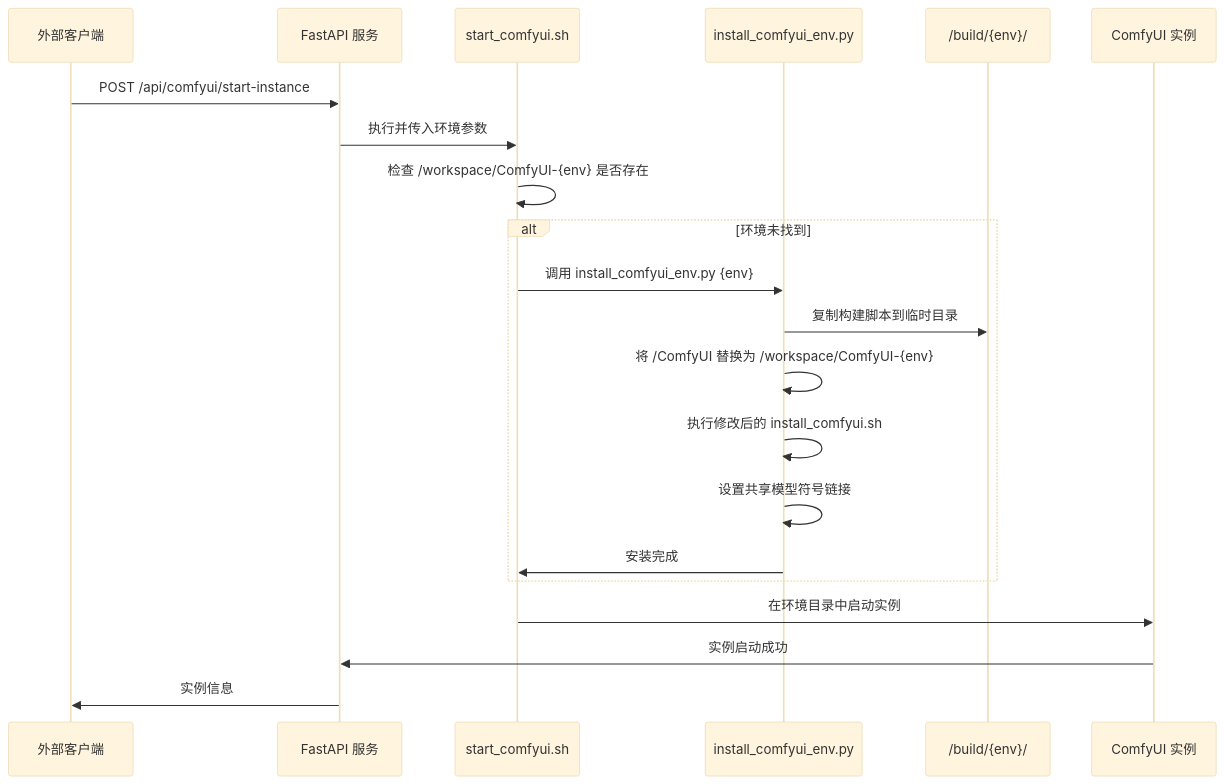
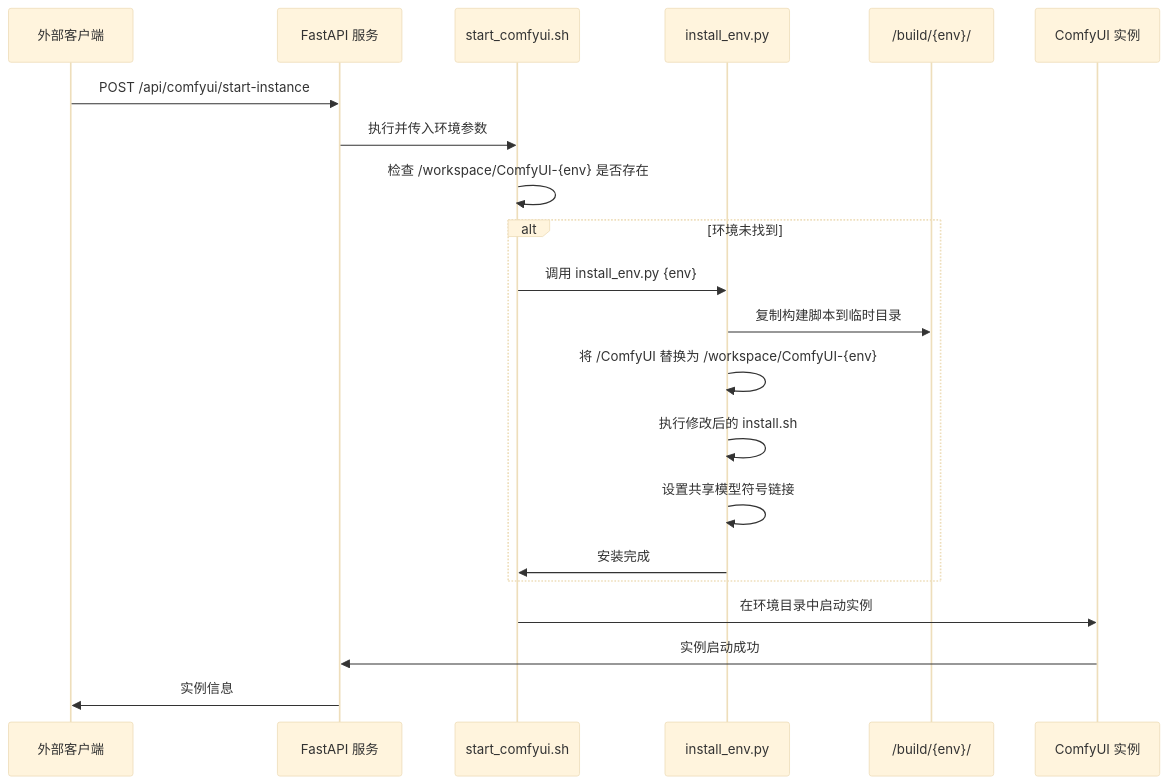
Before and after one commit to Be-As-One/comfyui-docker: the third of 4 diagrams in README_zh.md, drawn with Mermaid (base theme). The commit also changed other lines of this file and 14 other files, not shown here.

````diff
--- a/README_zh.md
+++ b/README_zh.md
@@ -104,26 +104,26 @@
 ```mermaid
 sequenceDiagram
     participant Client as 外部客户端
     participant API as FastAPI 服务
     participant StartScript as start_comfyui.sh
-    participant Installer as install_comfyui_env.py
+    participant Installer as install_env.py
     participant BuildScripts as /build/{env}/
     participant ComfyUI as ComfyUI 实例
     
     Client->>API: POST /api/comfyui/start-instance
     API->>StartScript: 执行并传入环境参数
     StartScript->>StartScript: 检查 /workspace/ComfyUI-{env} 是否存在
     
     alt 环境未找到
-        StartScript->>Installer: 调用 install_comfyui_env.py {env}
+        StartScript->>Installer: 调用 install_env.py {env}
         Installer->>BuildScripts: 复制构建脚本到临时目录
         Installer->>Installer: 将 /ComfyUI 替换为 /workspace/ComfyUI-{env}
-        Installer->>Installer: 执行修改后的 install_comfyui.sh
+        Installer->>Installer: 执行修改后的 install.sh
         Installer->>Installer: 设置共享模型符号链接
         Installer->>StartScript: 安装完成
     end
     
     StartScript->>ComfyUI: 在环境目录中启动实例
     ComfyUI->>API: 实例启动成功
     API->>Client: 实例信息
 ```
````
